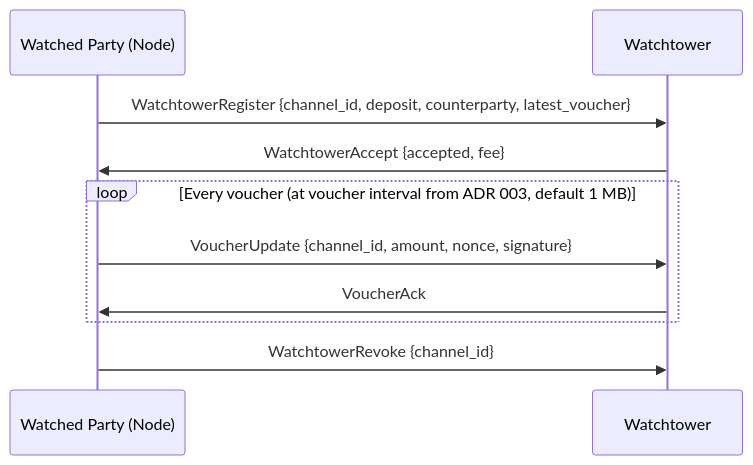
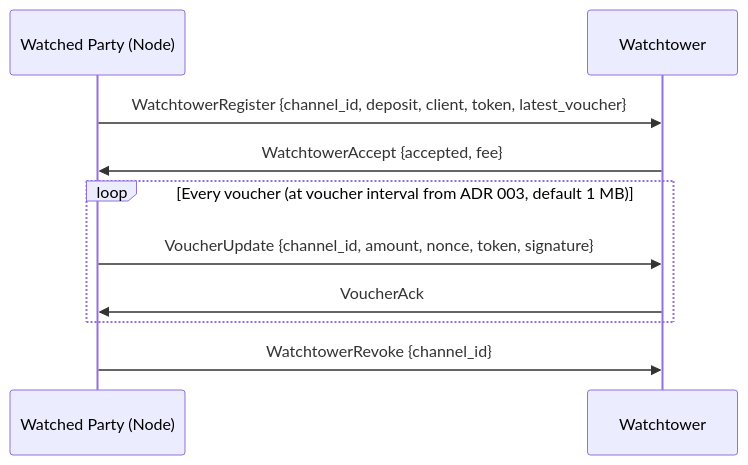
Before and after one commit to decdn/decdn: the third of 4 diagrams in adr/005-protocol.md, drawn with Mermaid. The commit also changed other lines of this file and 11 other files, not shown here.

First line of the commit message:
docs: fix 56 findings from comprehensive ADR architecture review

````diff
--- a/adr/005-protocol.md
+++ b/adr/005-protocol.md
@@ -147,15 +151,15 @@
 ```mermaid
 sequenceDiagram
     participant W as Watched Party (Node)
     participant T as Watchtower
 
-    W->>T: WatchtowerRegister {channel_id, deposit, counterparty, latest_voucher}
+    W->>T: WatchtowerRegister {channel_id, deposit, client, token, latest_voucher}
     T->>W: WatchtowerAccept {accepted, fee}
 
     loop Every voucher (at voucher interval from ADR 003, default 1 MB)
-        W->>T: VoucherUpdate {channel_id, amount, nonce, signature}
+        W->>T: VoucherUpdate {channel_id, amount, nonce, token, signature}
         T->>W: VoucherAck
     end
 
     W->>T: WatchtowerRevoke {channel_id}
 ```
````
